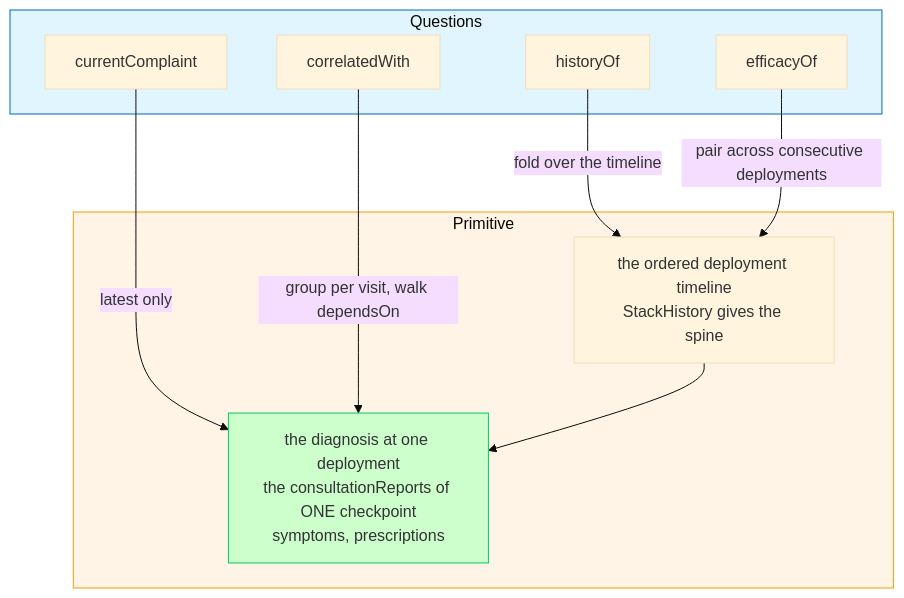
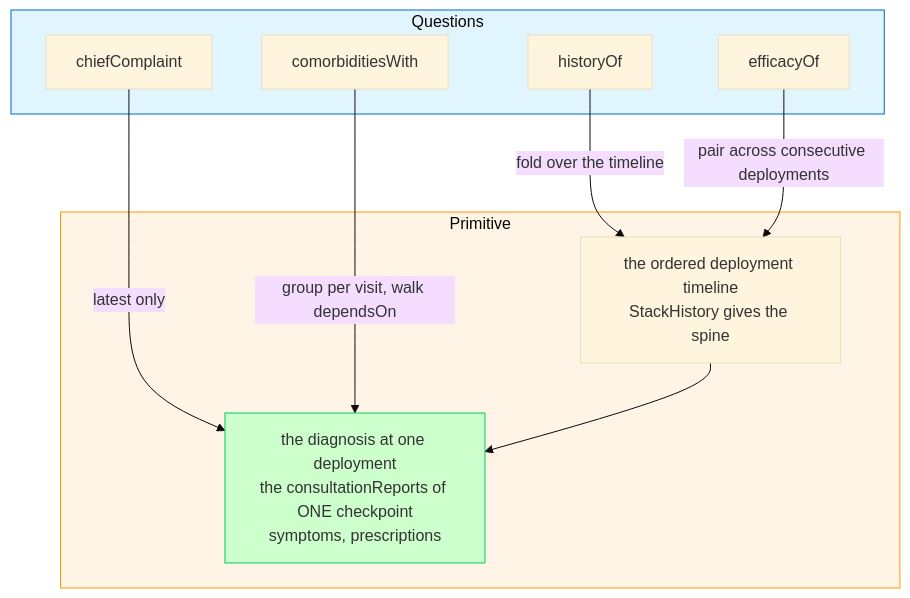
The first of 5 diagrams in docs/architecture/doctor/medical-record-query-api-design.adoc (nxmatic/rke2lab), drawn with Mermaid (base theme) before and after one commit. The commit also changed other lines of this file and 62 other files, not shown here.

```diff
--- a/docs/architecture/doctor/medical-record-query-api-design.adoc
+++ b/docs/architecture/doctor/medical-record-query-api-design.adoc
@@ -65,23 +65,23 @@
 [mermaid]
 ----
 graph TB
     subgraph Questions
-        Q1["currentComplaint"]
+        Q1["chiefComplaint"]
         Q2["historyOf"]
         Q3["efficacyOf"]
-        Q4["correlatedWith"]
+        Q4["comorbiditiesWith"]
     end
     subgraph Primitive
         P["the diagnosis at one deployment<br/>the consultationReports of ONE checkpoint<br/>symptoms, prescriptions"]
         SEQ["the ordered deployment timeline<br/>StackHistory gives the spine"]
     end
     Q1 -->|latest only| P
     Q2 -->|fold over the timeline| SEQ
     Q3 -->|pair across consecutive deployments| SEQ
     Q4 -->|group per visit, walk dependsOn| P
     SEQ --> P
 
     style Questions fill:#e1f5ff,stroke:#0066cc
     style Primitive fill:#fff4e6,stroke:#ff9900
     style P fill:#ccffcc,stroke:#00cc66
 ----
```
